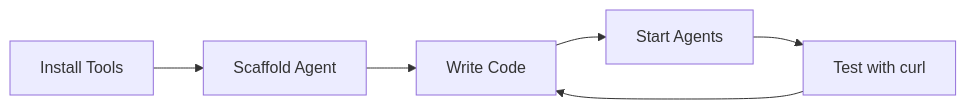
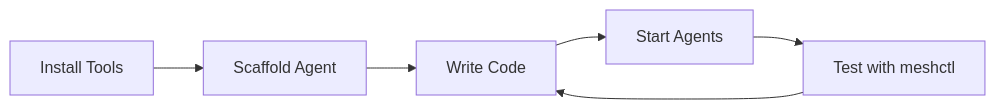
One commit to dhyansraj/mcp-mesh changed the diagram in docs/02-local-development.md. Above: the diagram before and after it, drawn with Mermaid. The commit also changed other lines of this file and 4 other files, not shown here.

````diff
--- a/docs/02-local-development.md
+++ b/docs/02-local-development.md
@@ -11,8 +11,8 @@
 ```mermaid
 graph LR
     A[Install Tools] --> B[Scaffold Agent]
     B --> C[Write Code]
     C --> D[Start Agents]
-    D --> E[Test with curl]
+    D --> E[Test with meshctl]
     E --> C
 ```
````
